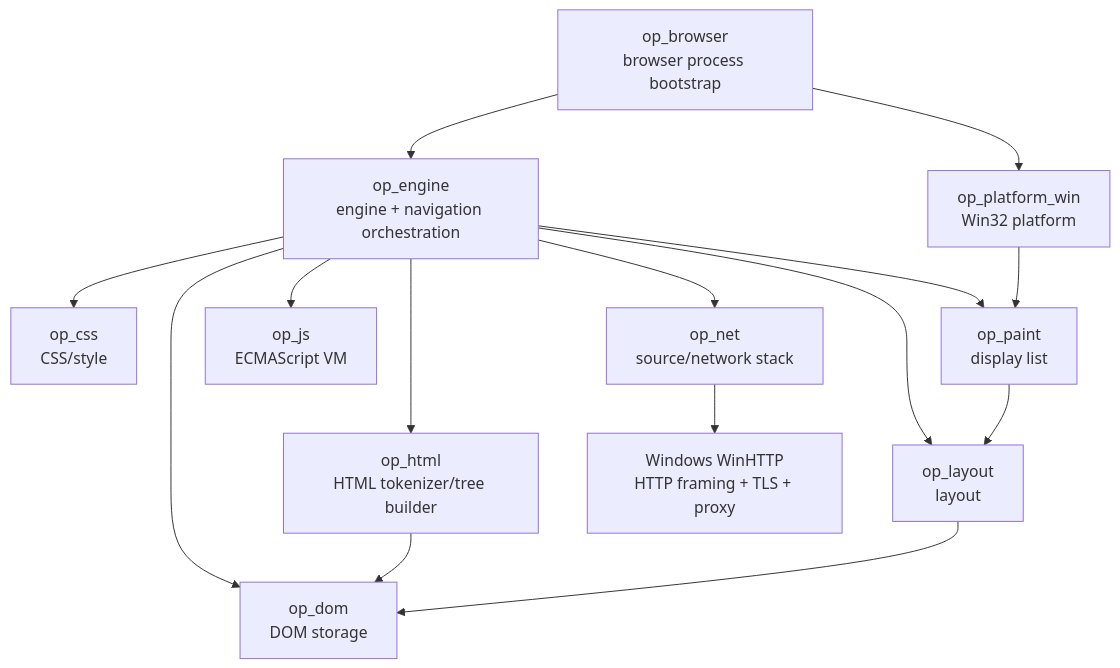
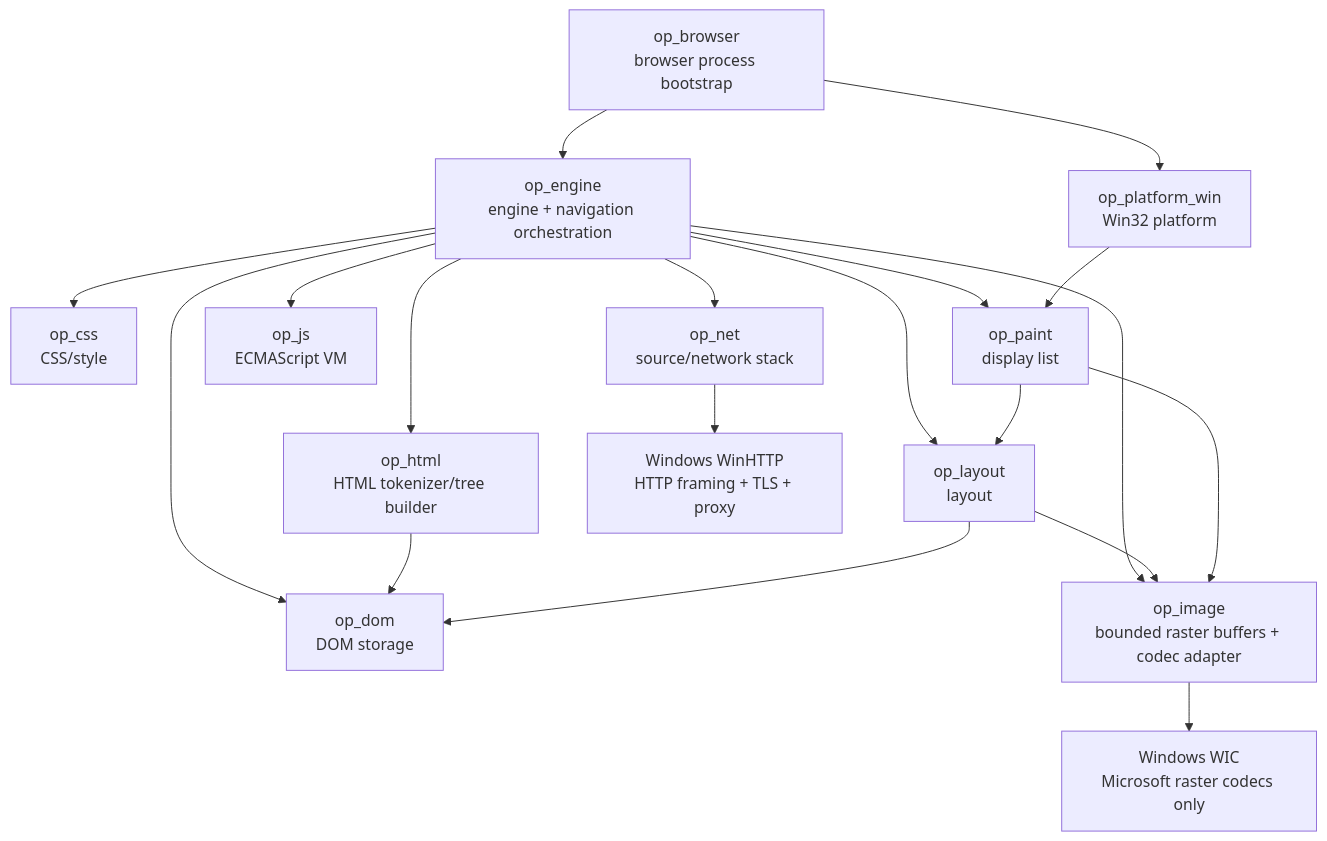
The first of 2 diagrams in docs/CODE_GRAPH.md (Gerbesh/OPBrowser), drawn with Mermaid before and after one commit. The commit also changed other lines of this file and 40 other files, not shown here.

Commit message:
feat: load and paint bounded raster image subresources

````diff
--- a/docs/CODE_GRAPH.md
+++ b/docs/CODE_GRAPH.md
@@ -10,29 +10,35 @@
 ```mermaid
 graph TD
     B[op_browser<br/>browser process bootstrap]
     E[op_engine<br/>engine + navigation orchestration]
     W[op_platform_win<br/>Win32 platform]
     D[op_dom<br/>DOM storage]
     H[op_html<br/>HTML tokenizer/tree builder]
     C[op_css<br/>CSS/style]
     L[op_layout<br/>layout]
     P[op_paint<br/>display list]
     J[op_js<br/>ECMAScript VM]
     N[op_net<br/>source/network stack]
     T[Windows WinHTTP<br/>HTTP framing + TLS + proxy]
+    I[op_image<br/>bounded raster buffers + codec adapter]
+    K[Windows WIC<br/>Microsoft raster codecs only]
 
     B --> E
     B --> W
     E --> D
     E --> H
     E --> C
     E --> L
     E --> P
     E --> J
     E --> N
+    E --> I
     N --> T
     H --> D
     L --> D
+    L --> I
     P --> L
+    P --> I
+    I --> K
     W --> P
 ```
````
